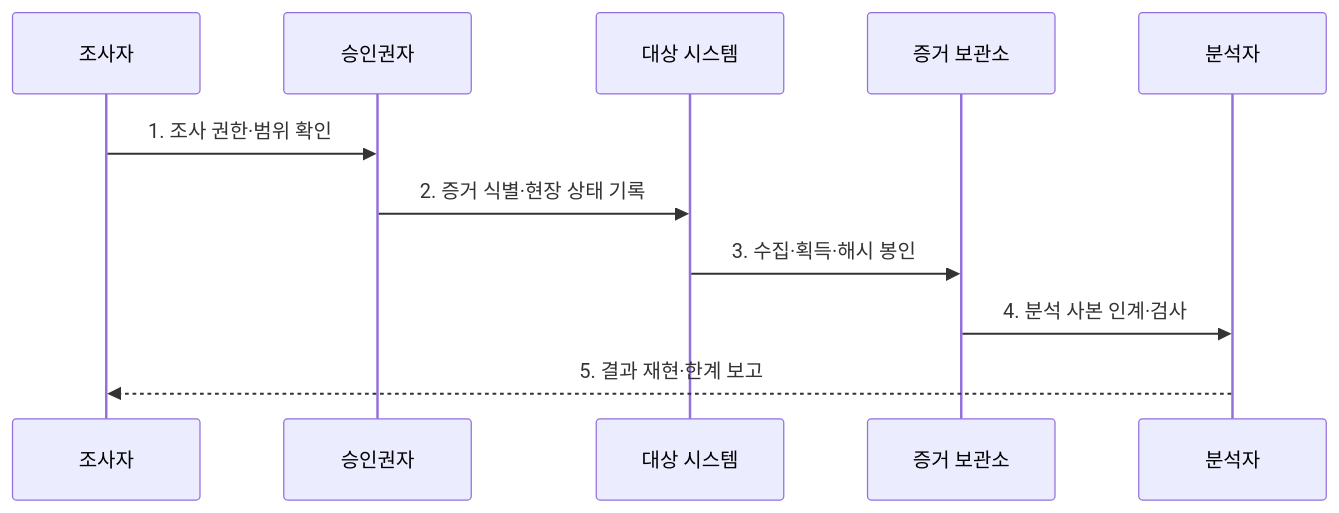
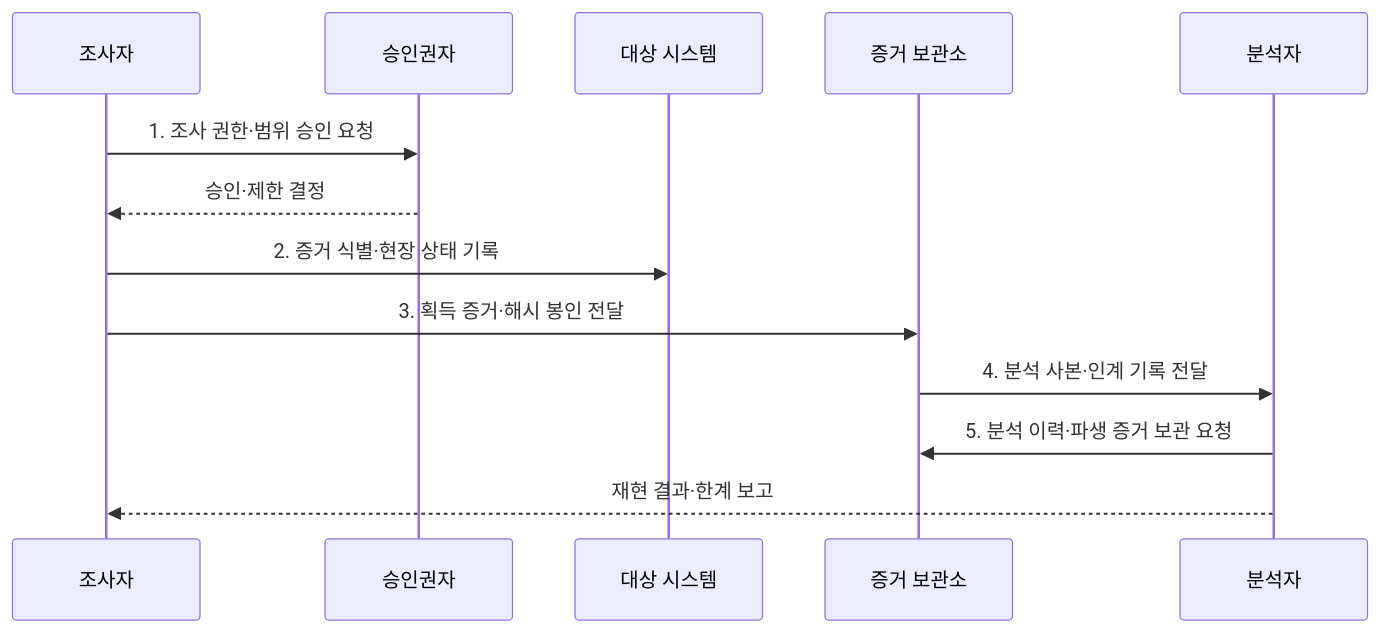
Before and after one commit to agnusdei1207/knowledge-base: the second of 2 diagrams in src/content/docs/notes/05-security/114_digital_forensics.md, drawn with Mermaid. The commit also changed other lines of this file and 20 other files, not shown here.

````diff
--- a/src/content/docs/notes/05-security/114_digital_forensics.md
+++ b/src/content/docs/notes/05-security/114_digital_forensics.md
@@ -78,13 +78,15 @@
 ```mermaid
 sequenceDiagram
   participant I as 조사자
   participant A as 승인권자
   participant T as 대상 시스템
   participant R as 증거 보관소
   participant N as 분석자
-  I->>A: 1. 조사 권한·범위 확인
-  A->>T: 2. 증거 식별·현장 상태 기록
-  T->>R: 3. 수집·획득·해시 봉인
-  R->>N: 4. 분석 사본 인계·검사
-  N-->>I: 5. 결과 재현·한계 보고
+  I->>A: 1. 조사 권한·범위 승인 요청
+  A-->>I: 승인·제한 결정
+  I->>T: 2. 증거 식별·현장 상태 기록
+  I->>R: 3. 획득 증거·해시 봉인 전달
+  R->>N: 4. 분석 사본·인계 기록 전달
+  N->>R: 5. 분석 이력·파생 증거 보관 요청
+  N-->>I: 재현 결과·한계 보고
 ```
````
